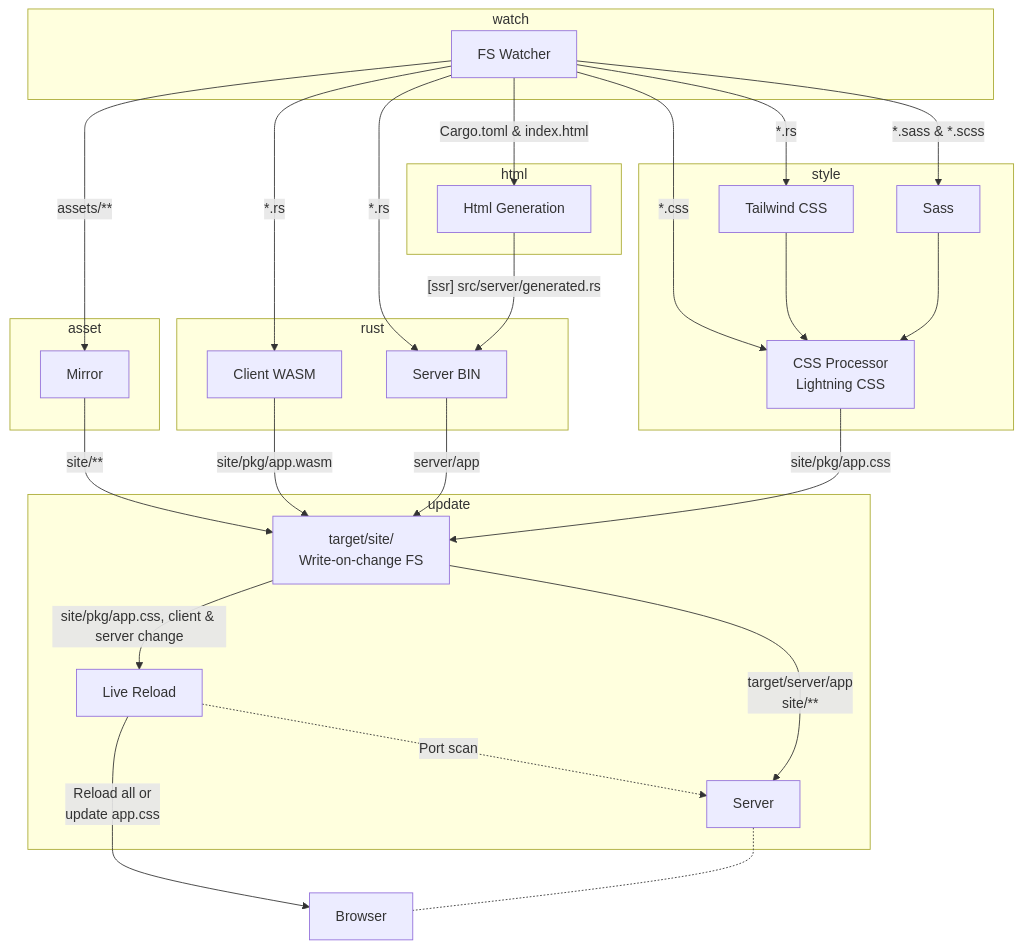
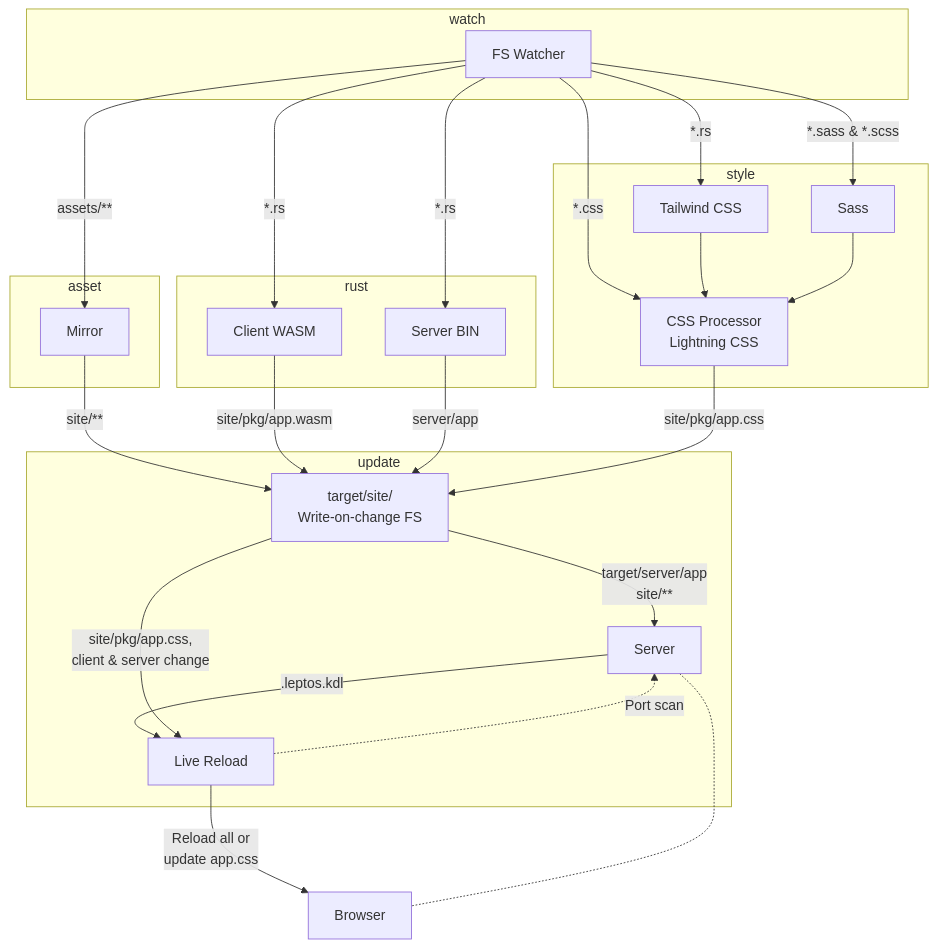
Before and after one commit to leptos-rs/cargo-leptos: the first of 2 diagrams in README.md, drawn with Mermaid. The commit also changed other lines of this file and 42 other files, not shown here.

````diff
--- a/README.md
+++ b/README.md
@@ -85,59 +144,52 @@
 ```mermaid
 graph TD;
   subgraph Watcher[watch]
     Watch[FS Watcher];
   end
   Watch-->|"*.rs"| TailW;
   Watch-->|"*.sass & *.scss"| Sass;
   Watch-->|"*.css"| CSSProc;
   Watch-->|"*.rs"| WASM;
   Watch-->|"*.rs"| BIN;
   Watch-->|"assets/**"| Mirror;
-  Watch-->|"Cargo.toml & index.html"| Html;
 
   subgraph style
     TailW[Tailwind CSS];
     Sass;
     CSSProc[CSS Processor<br>Lightning CSS]
   end
 
   TailW --> CSSProc;
   Sass --> CSSProc;
 
   subgraph rust
     WASM[Client WASM];
     BIN[Server BIN];
   end
 
   subgraph asset
     Mirror
   end
 
-  subgraph html
-    Html[Html Generation]
-  end
-
-  Html -->|"[ssr] src/server/generated.rs"| BIN;
-
   subgraph update
     WOC[target/site/<br>Write-on-change FS];
     Live[Live Reload];
     Server;
   end
 
   Mirror -->|"site/**"| WOC;
   WASM -->|"site/pkg/app.wasm"| WOC;
   BIN -->|"server/app"| WOC;
   CSSProc -->|"site/pkg/app.css"| WOC;
 
   Live -.->|Port scan| Server;
-
+  Server -->|.leptos.kdl| Live
 
   WOC -->|"target/server/app<br>site/**"| Server;
-  WOC -->|"site/pkg/app.css, client & server change"| Live;
+  WOC -->|"site/pkg/app.css, <br>client & server change"| Live;
 
   Live -->|"Reload all or<br>update app.css"| Browser
 
   Browser;
   Server -.- Browser;
 ```
````
